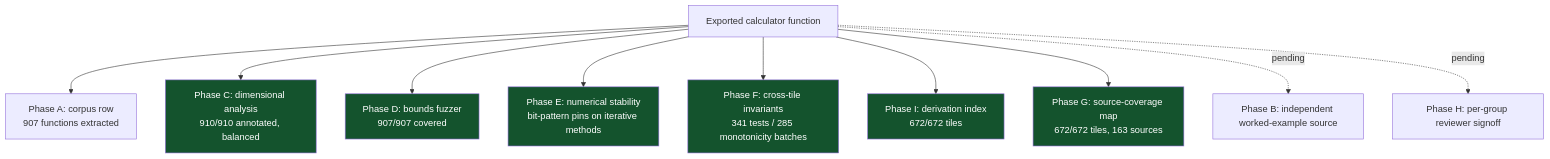
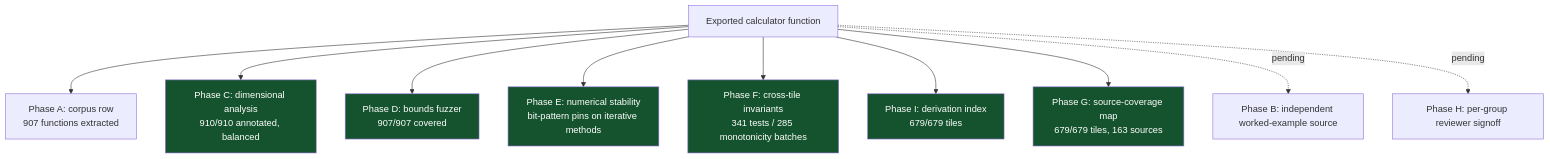
Before and after one commit to clay-good/roughlogic.com: the sixth of 8 diagrams in README.md, drawn with Mermaid. The commit also changed other lines of this file and 29 other files, not shown here.

````diff
--- a/README.md
+++ b/README.md
@@ -476,18 +476,18 @@
 ```mermaid
 flowchart TB
     F[Exported calculator function] --> A[Phase A: corpus row\n907 functions extracted]
     F --> C[Phase C: dimensional analysis\n910/910 annotated, balanced]
     F --> D[Phase D: bounds fuzzer\n907/907 covered]
     F --> E[Phase E: numerical stability\nbit-pattern pins on iterative methods]
     F --> Fa[Phase F: cross-tile invariants\n341 tests / 285 monotonicity batches]
-    F --> I[Phase I: derivation index\n672/672 tiles]
-    F --> G[Phase G: source-coverage map\n672/672 tiles, 163 sources]
+    F --> I[Phase I: derivation index\n679/679 tiles]
+    F --> G[Phase G: source-coverage map\n679/679 tiles, 163 sources]
     F -.pending.-> B[Phase B: independent worked-example source]
     F -.pending.-> H[Phase H: per-group reviewer signoff]
     style C fill:#14532d,color:#fff
     style D fill:#14532d,color:#fff
     style E fill:#14532d,color:#fff
     style Fa fill:#14532d,color:#fff
     style G fill:#14532d,color:#fff
     style I fill:#14532d,color:#fff
 ```
````
